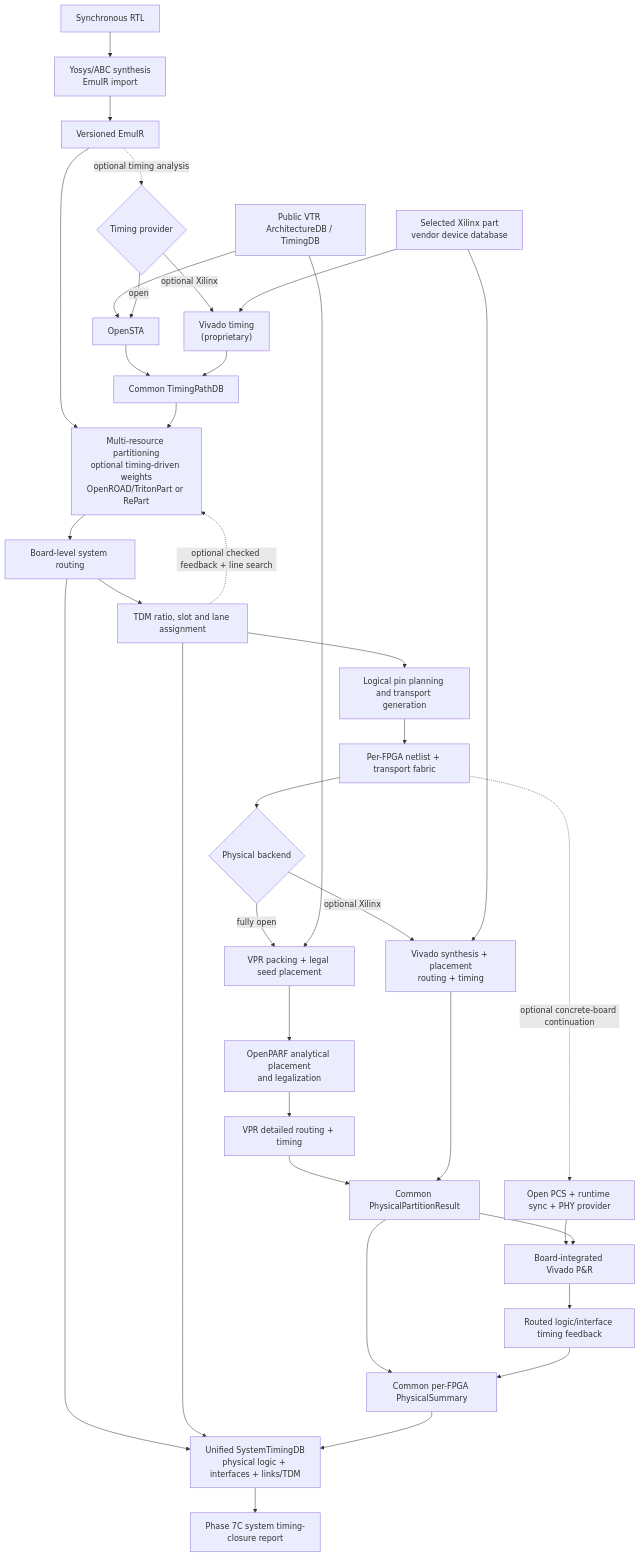
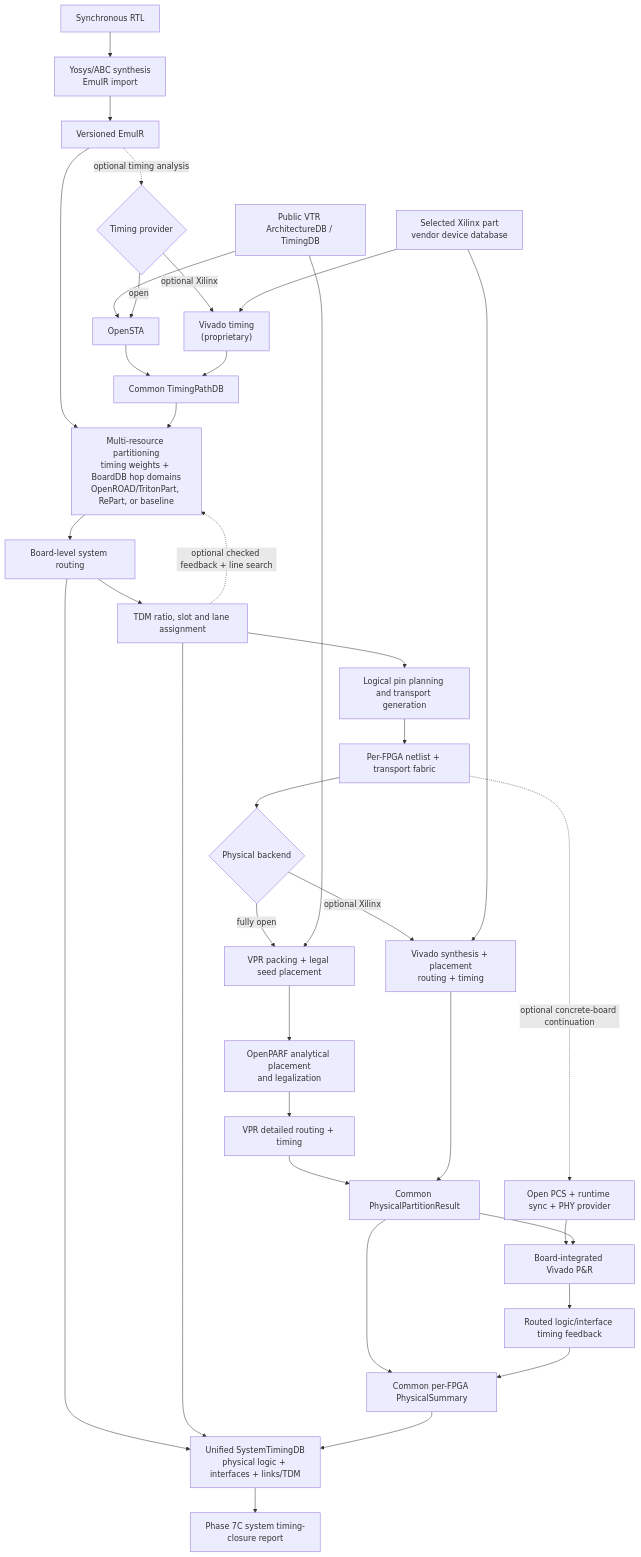
The diagram in README.md (ZeayW/FGPA_emulation), drawn with Mermaid before and after one commit. The commit also changed other lines of this file and 23 other files, not shown here.

````diff
--- a/README.md
+++ b/README.md
@@ -154,45 +154,45 @@
 ```mermaid
 flowchart TD
     RTL["Synchronous RTL"] --> SYN["Yosys/ABC synthesis<br/>EmuIR import"]
 
     SYN --> IR["Versioned EmuIR"]
-    IR --> PART["Multi-resource partitioning<br/>optional timing-driven weights<br/>OpenROAD/TritonPart or RePart"]
+    IR --> PART["Multi-resource partitioning<br/>timing weights + BoardDB hop domains<br/>OpenROAD/TritonPart, RePart, or baseline"]
 
     IR -. optional timing analysis .-> TP{"Timing provider"}
     PUBARCH["Public VTR ArchitectureDB / TimingDB"] --> OSTA["OpenSTA"]
     TP -->|open| OSTA
     TP -->|optional Xilinx| VTIM["Vivado timing<br/>(proprietary)"]
     OSTA --> TDB["Common TimingPathDB"]
     VTIM --> TDB
     TDB --> PART
 
     PART --> SROUTE["Board-level system routing"]
     SROUTE --> TDM["TDM ratio, slot and lane assignment"]
     TDM -. "optional checked feedback + line search" .-> PART
     TDM --> PIN["Logical pin planning and transport generation"]
     PIN --> SPLIT["Per-FPGA netlist + transport fabric"]
 
     SPLIT --> PB{"Physical backend"}
 
     PB -->|fully open| VPACK["VPR packing + legal seed placement"]
     PUBARCH --> VPACK
     VPACK --> OP["OpenPARF analytical placement<br/>and legalization"]
     OP --> VROUTE["VPR detailed routing + timing"]
 
     PB -->|optional Xilinx| XV["Vivado synthesis + placement<br/>routing + timing"]
     XDB["Selected Xilinx part<br/>vendor device database"] --> VTIM
     XDB --> XV
 
     VROUTE --> PPR["Common PhysicalPartitionResult"]
     XV --> PPR
     PPR --> PS["Common per-FPGA PhysicalSummary"]
     SPLIT -. optional concrete-board continuation .-> BSP["Open PCS + runtime sync + PHY provider"]
     BSP --> BPR["Board-integrated Vivado P&R"]
     PPR --> BPR
     BPR --> BTF["Routed logic/interface timing feedback"]
     BTF --> PS
     SROUTE --> ST["Unified SystemTimingDB<br/>physical logic + interfaces + links/TDM"]
     TDM --> ST
     PS --> ST
     ST --> P7C["Phase 7C system timing-closure report"]
 ```
````
